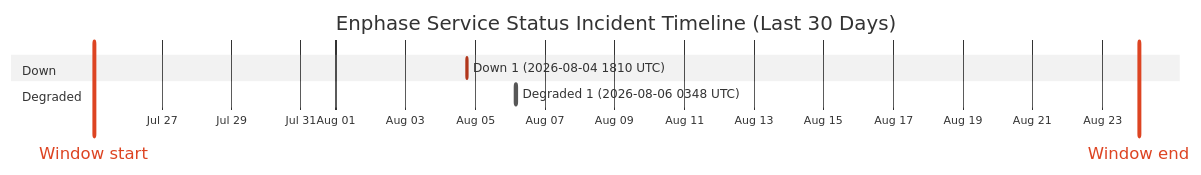
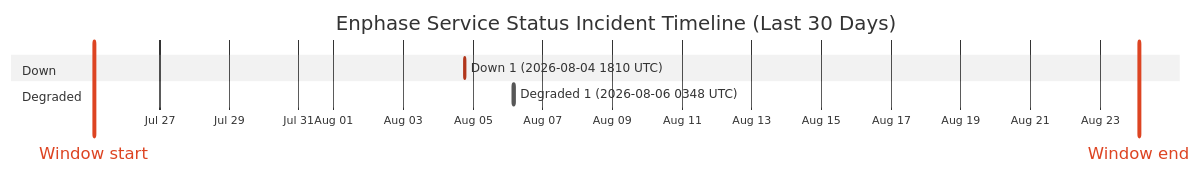
Before and after one commit to barneyonline/ha-enphase-energy: the diagram in wiki/Service-Status-History.md, drawn with Mermaid (neutral theme). The commit also changed other lines of this file and 3 other files, not shown here.

````diff
--- a/wiki/Service-Status-History.md
+++ b/wiki/Service-Status-History.md
@@ -14,12 +14,12 @@
 ```mermaid
 gantt
     title Enphase Service Status Incident Timeline (Last 30 Days)
     dateFormat  YYYY-MM-DDTHH:mm:ss
     axisFormat  %b %d
-    Window start :vert, window-start, 2026-07-25T01:10:42, 0ms
-    Window end :vert, window-end, 2026-08-24T01:10:42, 0ms
+    Window start :vert, window-start, 2026-07-25T02:43:54, 0ms
+    Window end :vert, window-end, 2026-08-24T02:43:54, 0ms
     section Down
     Down 1 (2026-08-04 1810 UTC) :crit, down-1, 2026-08-04T18:10:46, 60m
     section Degraded
     Degraded 1 (2026-08-06 0348 UTC) :active, degraded-1, 2026-08-06T03:48:14, 60m
 ```
````
